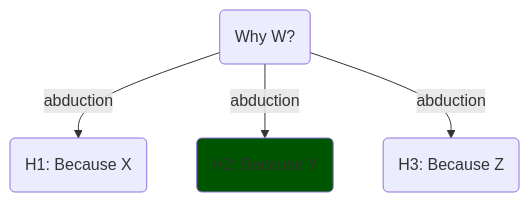
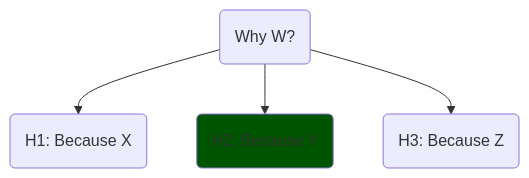
One commit to santi-mir/blog_ai4chem changed the diagram in src/XAI/concepts.md. Above: the diagram before and after it, drawn with Mermaid. The commit also changed other lines of this file and 23 other files, not shown here.

````diff
--- a/src/XAI/concepts.md
+++ b/src/XAI/concepts.md
@@ -31,8 +41,8 @@
 ```mermaid
 flowchart TB
-A(Why W?) -- abduction -->B(H1: Because X)
-A -- abduction -->C(H2: Because Y)
-A -- abduction -->D(H3: Because Z)
+A(Why W?) -->B(H1: Because X)
+A -->C(H2: Because Y)
+A -->D(H3: Because Z)
 
 style C fill:#050
 ```
````
